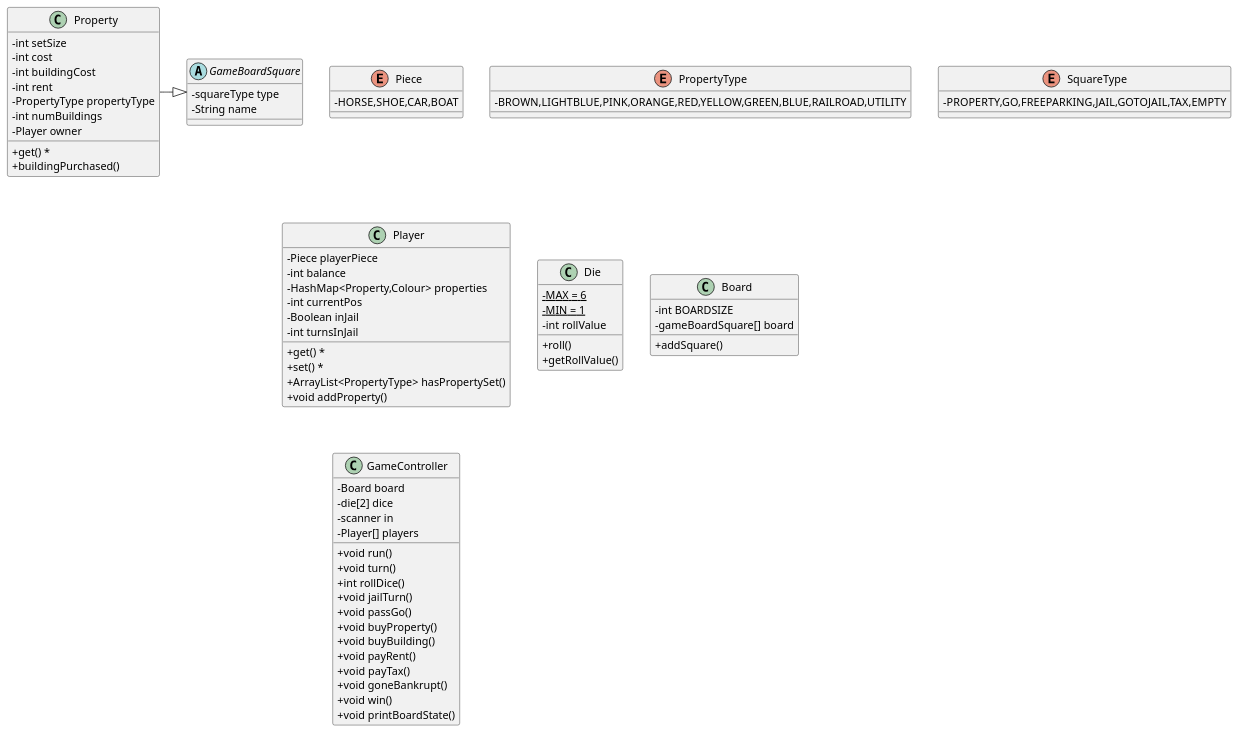
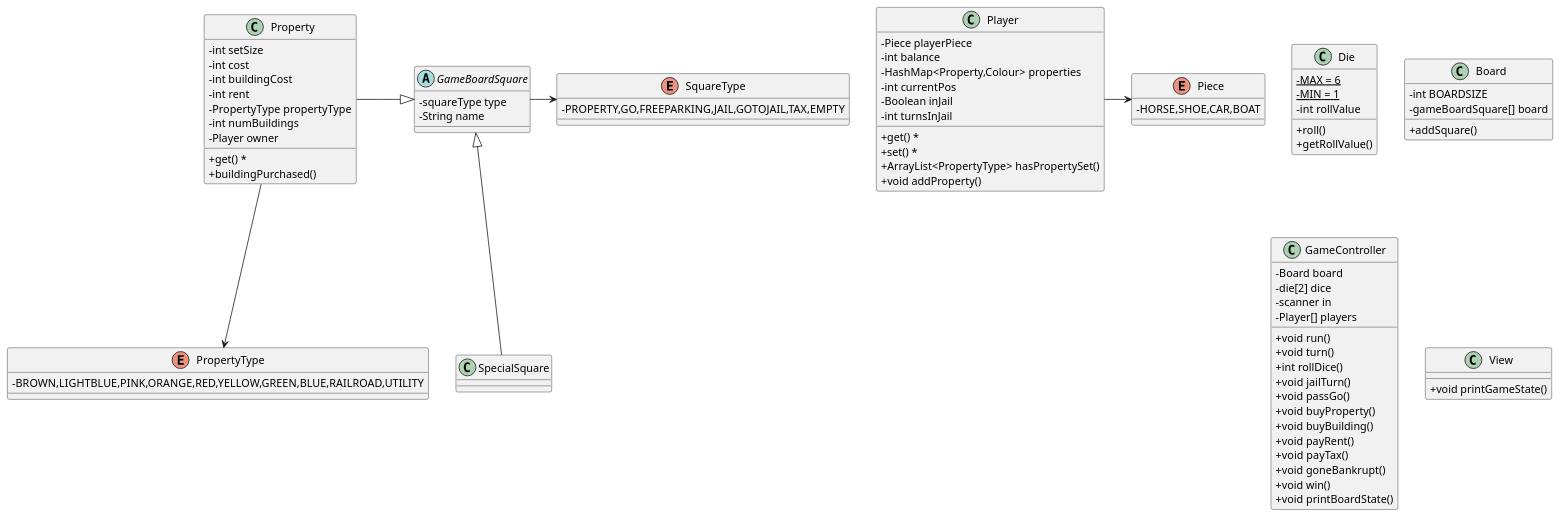
Before and after one commit to Everfeather/monopoly_12: the diagram in src/UML.puml, drawn with PlantUML. The commit also changed 2 other files, not shown here.

Commit message:
Added: SpecialSquare class updated: UML diagram, Property class constructor

```diff
--- a/src/UML.puml
+++ b/src/UML.puml
@@ -1,85 +1,100 @@
 @startuml
 
 'https://plantuml.com/class-diagram
 skinparam classAttributeIconSize 0
+
+
 Property -|> GameBoardSquare
+Property --> PropertyType
+
+Player -> Piece
+
+SpecialSquare --up|> GameBoardSquare
+
+GameBoardSquare -> SquareType
 
 enum Piece{
     -HORSE,SHOE,CAR,BOAT
 }
 
 enum PropertyType{
     -BROWN,LIGHTBLUE,PINK,ORANGE,RED,YELLOW,GREEN,BLUE,RAILROAD,UTILITY
 }
 
 enum SquareType{
     -PROPERTY,GO,FREEPARKING,JAIL,GOTOJAIL,TAX,EMPTY
 }
 
 class Player{
     -Piece playerPiece
     -int balance
     -HashMap<Property,Colour> properties
     -int currentPos
     -Boolean inJail
     -int turnsInJail
     + get() *
     + set() *
     + ArrayList<PropertyType> hasPropertySet()
     + void addProperty()
 }
 
 class Die{
     - {static} MAX = 6
     - {static} MIN = 1
     -int rollValue
     +roll()
     +getRollValue()
 }
 
 class Board{
     - int BOARDSIZE
     - gameBoardSquare[] board
     + addSquare()
 }
 
 class GameController{
     -Board board
     -die[2] dice
     -scanner in
     -Player[] players
     +void run()
     +void turn()
     +int rollDice()
     +void jailTurn()
     +void passGo()
     +void buyProperty()
     +void buyBuilding()
     +void payRent()
     +void payTax()
     +void goneBankrupt()
     +void win()
     +void printBoardState()
 
 }
 
 abstract class GameBoardSquare{
     -squareType type
     -String name
 }
 
 class Property {
     -int setSize
     -int cost
     -int buildingCost
     -int rent
     -PropertyType propertyType
     -int numBuildings
     -Player owner
     +get() *
     +buildingPurchased()
 
 }
 
+class SpecialSquare{
 
+}
+
+class View{
+    +void printGameState()
+}
 @enduml
```
